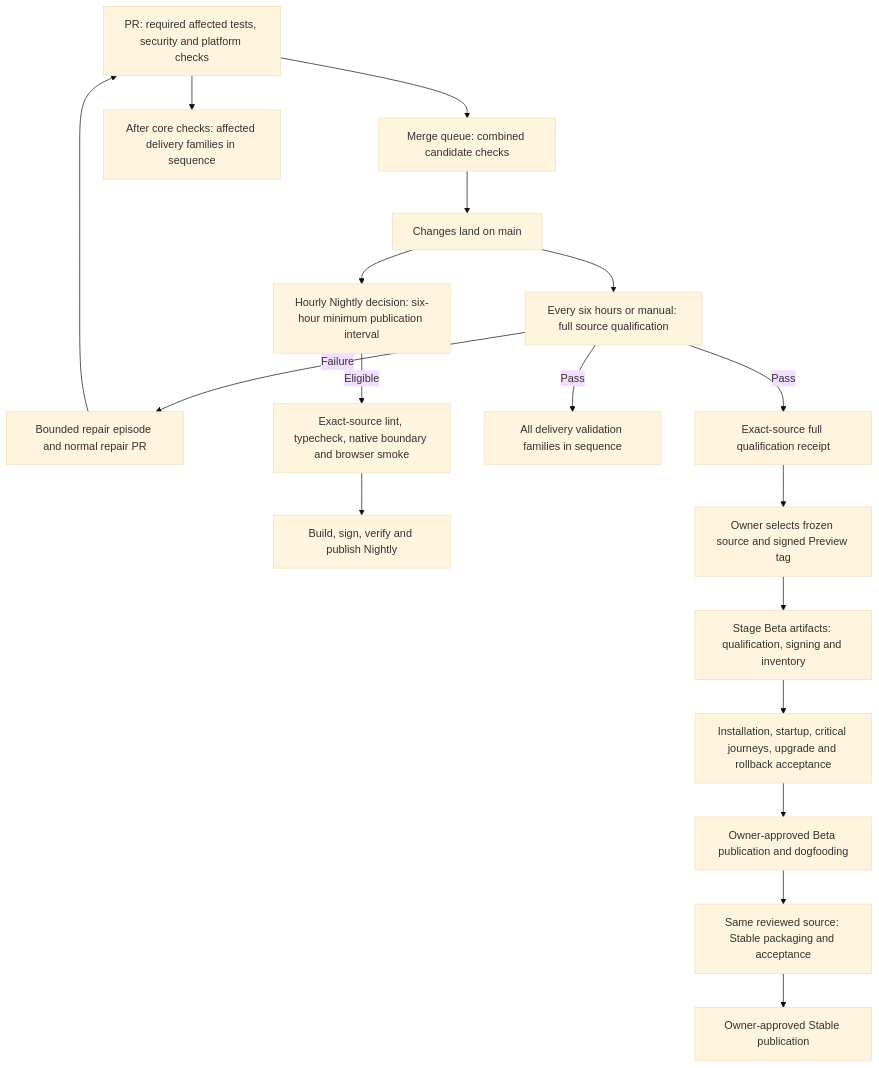
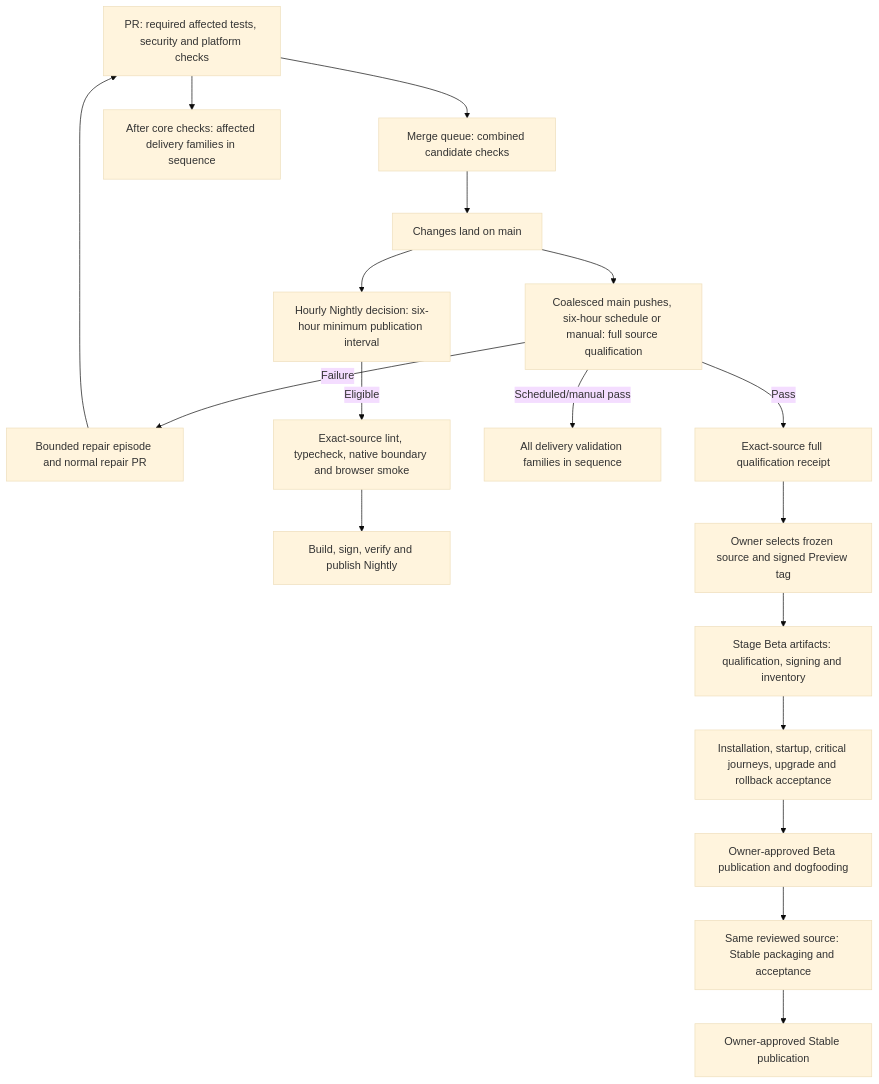
One commit to kontourai/station changed the diagram in docs/guides/releasing.md. Above: the diagram before and after it, drawn with Mermaid (base theme). The commit also changed other lines of this file and 20 other files, not shown here.

````diff
--- a/docs/guides/releasing.md
+++ b/docs/guides/releasing.md
@@ -13,20 +13,20 @@
 ```mermaid
 flowchart TD
     PR["PR: required affected tests, security and platform checks"] --> MQ["Merge queue: combined candidate checks"]
     PR --> OPTIONAL["After core checks: affected delivery families in sequence"]
     MQ --> MAIN["Changes land on main"]
-    MAIN --> Q["Every six hours or manual: full source qualification"]
+    MAIN --> Q["Coalesced main pushes, six-hour schedule or manual: full source qualification"]
     Q -->|Failure| REPAIR["Bounded repair episode and normal repair PR"]
     REPAIR --> PR
     Q -->|Pass| RECEIPT["Exact-source full qualification receipt"]
-    Q -->|Pass| DELIVERY["All delivery validation families in sequence"]
+    Q -->|Scheduled/manual pass| DELIVERY["All delivery validation families in sequence"]
     MAIN --> DECIDE["Hourly Nightly decision: six-hour minimum publication interval"]
     DECIDE -->|Eligible| SMOKE["Exact-source lint, typecheck, native boundary and browser smoke"]
     SMOKE --> NIGHTLY["Build, sign, verify and publish Nightly"]
     RECEIPT --> PREVIEW["Owner selects frozen source and signed Preview tag"]
     PREVIEW --> STAGE["Stage Beta artifacts: qualification, signing and inventory"]
     STAGE --> ACCEPT["Installation, startup, critical journeys, upgrade and rollback acceptance"]
     ACCEPT --> BETA["Owner-approved Beta publication and dogfooding"]
     BETA --> STABLE["Same reviewed source: Stable packaging and acceptance"]
     STABLE --> PUBLISH["Owner-approved Stable publication"]
 ```
````
